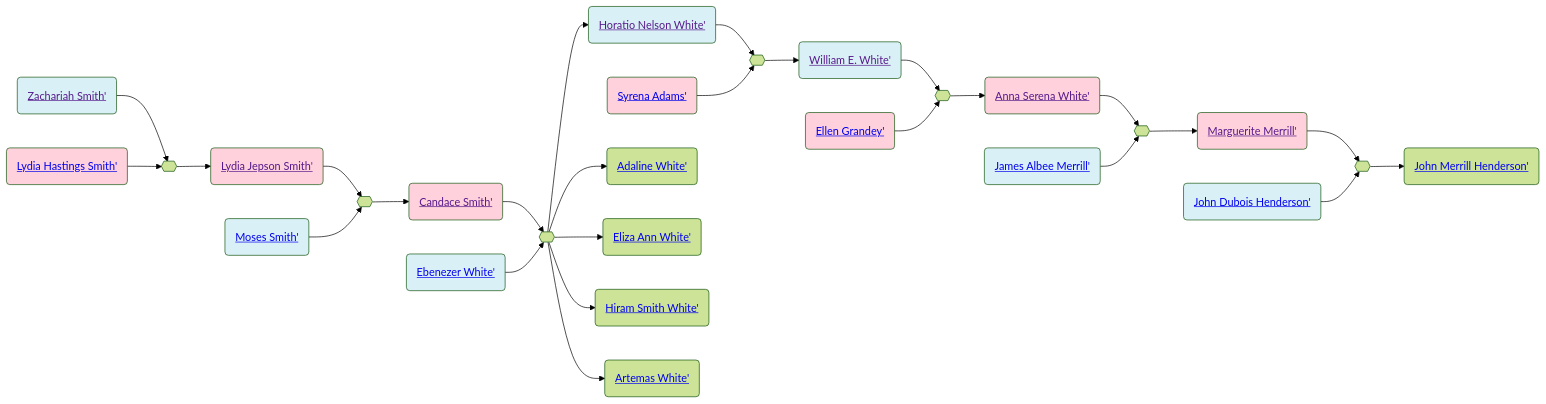
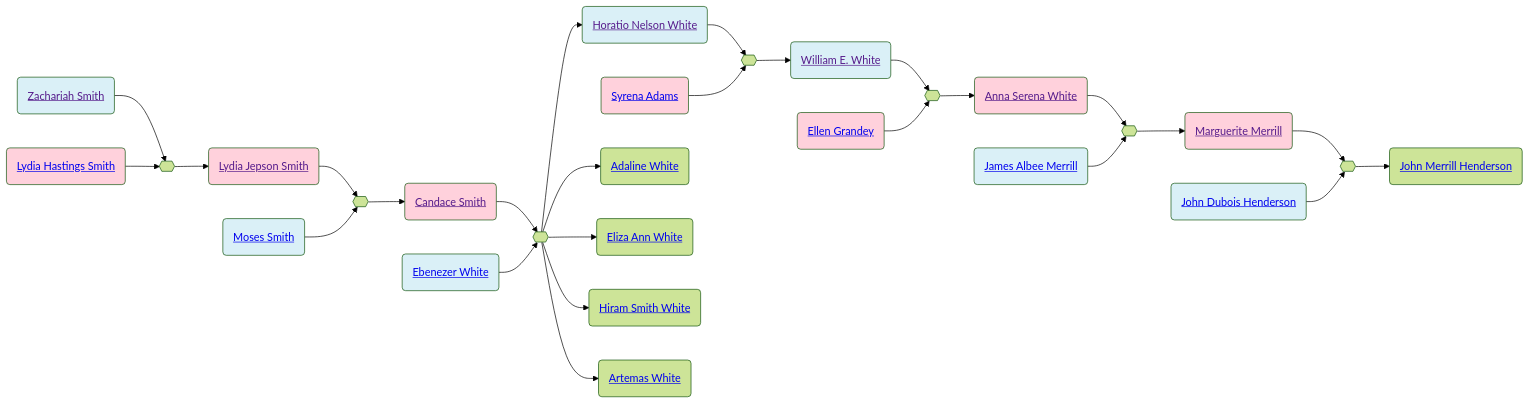
Before and after one commit to neelsmith/avocational: the second of 2 diagrams in familyhistory/sources/people/Merrill-line/White-line/Candace-Smith-line/Zachariah_Smith.qmd, drawn with Mermaid (forest theme). The commit also changed other lines of this file and 96 other files, not shown here.

````diff
--- a/familyhistory/sources/people/Merrill-line/White-line/Candace-Smith-line/Zachariah_Smith.qmd
+++ b/familyhistory/sources/people/Merrill-line/White-line/Candace-Smith-line/Zachariah_Smith.qmd
@@ -43,62 +43,62 @@
 ```{mermaid}
 graph LR
 %% LR descendant diagram
 class Zachariah_Smith_and_Lydia_Hastings_Smith marriage
-Zachariah_Smith(<a href=''>Zachariah Smith'</>) --> Zachariah_Smith_and_Lydia_Hastings_Smith{{ }}
-Lydia_Hastings_Smith(<a href='./Lydia_Hastings_Smith.html'>Lydia Hastings Smith'</>) --> Zachariah_Smith_and_Lydia_Hastings_Smith{{ }}
+Zachariah_Smith(<a href=''>Zachariah Smith</a>) --> Zachariah_Smith_and_Lydia_Hastings_Smith{{ }}
+Lydia_Hastings_Smith(<a href='./Lydia_Hastings_Smith.html'>Lydia Hastings Smith</a>) --> Zachariah_Smith_and_Lydia_Hastings_Smith{{ }}
 class Zachariah_Smith father
 class Lydia_Hastings_Smith mother
-Zachariah_Smith_and_Lydia_Hastings_Smith{{ }} --> Lydia_Jepson_Smith(<a href='./Lydia_Jepson_Smith.html'>Lydia Jepson Smith'</>)
+Zachariah_Smith_and_Lydia_Hastings_Smith{{ }} --> Lydia_Jepson_Smith(<a href='./Lydia_Jepson_Smith.html'>Lydia Jepson Smith</a>)
 class Lydia_Jepson_Smith_and_Moses_Smith marriage
-Lydia_Jepson_Smith(<a href=''>Lydia Jepson Smith'</>) --> Lydia_Jepson_Smith_and_Moses_Smith{{ }}
-Moses_Smith(<a href='./../../../Moses_Smith_connections/Moses_Smith.html'>Moses Smith'</>) --> Lydia_Jepson_Smith_and_Moses_Smith{{ }}
+Lydia_Jepson_Smith(<a href=''>Lydia Jepson Smith</a>) --> Lydia_Jepson_Smith_and_Moses_Smith{{ }}
+Moses_Smith(<a href='./../../../Moses_Smith_connections/Moses_Smith.html'>Moses Smith</a>) --> Lydia_Jepson_Smith_and_Moses_Smith{{ }}
 class Moses_Smith father
 class Lydia_Jepson_Smith mother
-Lydia_Jepson_Smith_and_Moses_Smith{{ }} --> Candace_Smith(<a href='./Candace_Smith.html'>Candace Smith'</>)
+Lydia_Jepson_Smith_and_Moses_Smith{{ }} --> Candace_Smith(<a href='./Candace_Smith.html'>Candace Smith</a>)
 class Candace_Smith_and_Ebenezer_White marriage
-Candace_Smith(<a href=''>Candace Smith'</>) --> Candace_Smith_and_Ebenezer_White{{ }}
-Ebenezer_White(<a href='./../Ebenezer_White.html'>Ebenezer White'</>) --> Candace_Smith_and_Ebenezer_White{{ }}
+Candace_Smith(<a href=''>Candace Smith</a>) --> Candace_Smith_and_Ebenezer_White{{ }}
+Ebenezer_White(<a href='./../Ebenezer_White.html'>Ebenezer White</a>) --> Candace_Smith_and_Ebenezer_White{{ }}
 class Ebenezer_White father
 class Candace_Smith mother
-Candace_Smith_and_Ebenezer_White{{ }} --> Horatio_Nelson_White(<a href='./../Horatio_Nelson_White.html'>Horatio Nelson White'</>)
+Candace_Smith_and_Ebenezer_White{{ }} --> Horatio_Nelson_White(<a href='./../Horatio_Nelson_White.html'>Horatio Nelson White</a>)
 class Horatio_Nelson_White_and_Syrena_Adams marriage
-Horatio_Nelson_White(<a href=''>Horatio Nelson White'</>) --> Horatio_Nelson_White_and_Syrena_Adams{{ }}
-Syrena_Adams(<a href='./Syrena_Adams.html'>Syrena Adams'</>) --> Horatio_Nelson_White_and_Syrena_Adams{{ }}
+Horatio_Nelson_White(<a href=''>Horatio Nelson White</a>) --> Horatio_Nelson_White_and_Syrena_Adams{{ }}
+Syrena_Adams(<a href='./Syrena_Adams.html'>Syrena Adams</a>) --> Horatio_Nelson_White_and_Syrena_Adams{{ }}
 class Horatio_Nelson_White father
 class Syrena_Adams mother
-Horatio_Nelson_White_and_Syrena_Adams{{ }} --> William_E._White(<a href='./William_E._White.html'>William E. White'</>)
+Horatio_Nelson_White_and_Syrena_Adams{{ }} --> William_E._White(<a href='./William_E._White.html'>William E. White</a>)
 class William_E._White_and_Ellen_Grandey marriage
-William_E._White(<a href=''>William E. White'</>) --> William_E._White_and_Ellen_Grandey{{ }}
-Ellen_Grandey(<a href='./../Grandey-line/Ellen_Grandey.html'>Ellen Grandey'</>) --> William_E._White_and_Ellen_Grandey{{ }}
+William_E._White(<a href=''>William E. White</a>) --> William_E._White_and_Ellen_Grandey{{ }}
+Ellen_Grandey(<a href='./../Grandey-line/Ellen_Grandey.html'>Ellen Grandey</a>) --> William_E._White_and_Ellen_Grandey{{ }}
 class William_E._White father
 class Ellen_Grandey mother
-William_E._White_and_Ellen_Grandey{{ }} --> Anna_Serena_White(<a href='./Anna_Serena_White.html'>Anna Serena White'</>)
+William_E._White_and_Ellen_Grandey{{ }} --> Anna_Serena_White(<a href='./Anna_Serena_White.html'>Anna Serena White</a>)
 class Anna_Serena_White_and_James_Albee_Merrill marriage
-Anna_Serena_White(<a href=''>Anna Serena White'</>) --> Anna_Serena_White_and_James_Albee_Merrill{{ }}
-James_Albee_Merrill(<a href='./../James_Albee_Merrill.html'>James Albee Merrill'</>) --> Anna_Serena_White_and_James_Albee_Merrill{{ }}
+Anna_Serena_White(<a href=''>Anna Serena White</a>) --> Anna_Serena_White_and_James_Albee_Merrill{{ }}
+James_Albee_Merrill(<a href='./../James_Albee_Merrill.html'>James Albee Merrill</a>) --> Anna_Serena_White_and_James_Albee_Merrill{{ }}
 class James_Albee_Merrill father
 class Anna_Serena_White mother
-Anna_Serena_White_and_James_Albee_Merrill{{ }} --> Marguerite_Merrill(<a href='./../Marguerite_Merrill.html'>Marguerite Merrill'</>)
+Anna_Serena_White_and_James_Albee_Merrill{{ }} --> Marguerite_Merrill(<a href='./../Marguerite_Merrill.html'>Marguerite Merrill</a>)
 class Marguerite_Merrill_and_John_Dubois_Henderson marriage
-Marguerite_Merrill(<a href=''>Marguerite Merrill'</>) --> Marguerite_Merrill_and_John_Dubois_Henderson{{ }}
-John_Dubois_Henderson(<a href='./../Henderson-line/John_Dubois_Henderson.html'>John Dubois Henderson'</>) --> Marguerite_Merrill_and_John_Dubois_Henderson{{ }}
+Marguerite_Merrill(<a href=''>Marguerite Merrill</a>) --> Marguerite_Merrill_and_John_Dubois_Henderson{{ }}
+John_Dubois_Henderson(<a href='./../Henderson-line/John_Dubois_Henderson.html'>John Dubois Henderson</a>) --> Marguerite_Merrill_and_John_Dubois_Henderson{{ }}
 class John_Dubois_Henderson father
 class Marguerite_Merrill mother
-Marguerite_Merrill_and_John_Dubois_Henderson{{ }} --> John_Merrill_Henderson(<a href='./../Henderson-line/John_Merrill_Henderson.html'>John Merrill Henderson'</>)
+Marguerite_Merrill_and_John_Dubois_Henderson{{ }} --> John_Merrill_Henderson(<a href='./../Henderson-line/John_Merrill_Henderson.html'>John Merrill Henderson</a>)
 class Ebenezer_White father
 class Candace_Smith mother
-Candace_Smith_and_Ebenezer_White{{ }} --> Adaline_White(<a href='./../Adaline_White.html'>Adaline White'</>)
+Candace_Smith_and_Ebenezer_White{{ }} --> Adaline_White(<a href='./../Adaline_White.html'>Adaline White</a>)
 class Ebenezer_White father
 class Candace_Smith mother
-Candace_Smith_and_Ebenezer_White{{ }} --> Eliza_Ann_White(<a href='./../Eliza_Ann_White.html'>Eliza Ann White'</>)
+Candace_Smith_and_Ebenezer_White{{ }} --> Eliza_Ann_White(<a href='./../Eliza_Ann_White.html'>Eliza Ann White</a>)
 class Ebenezer_White father
 class Candace_Smith mother
-Candace_Smith_and_Ebenezer_White{{ }} --> Hiram_Smith_White(<a href='./../Hiram_Smith_White.html'>Hiram Smith White'</>)
+Candace_Smith_and_Ebenezer_White{{ }} --> Hiram_Smith_White(<a href='./../Hiram_Smith_White.html'>Hiram Smith White</a>)
 class Ebenezer_White father
 class Candace_Smith mother
-Candace_Smith_and_Ebenezer_White{{ }} --> Artemas_White(<a href='./../Artemas_White.html'>Artemas White'</>)
+Candace_Smith_and_Ebenezer_White{{ }} --> Artemas_White(<a href='./../Artemas_White.html'>Artemas White</a>)
 classDef mother fill:#ffd1dc
 classDef father fill:#daf0f7  
 classDef marriage fill:#ffffff
 
 ```
````
